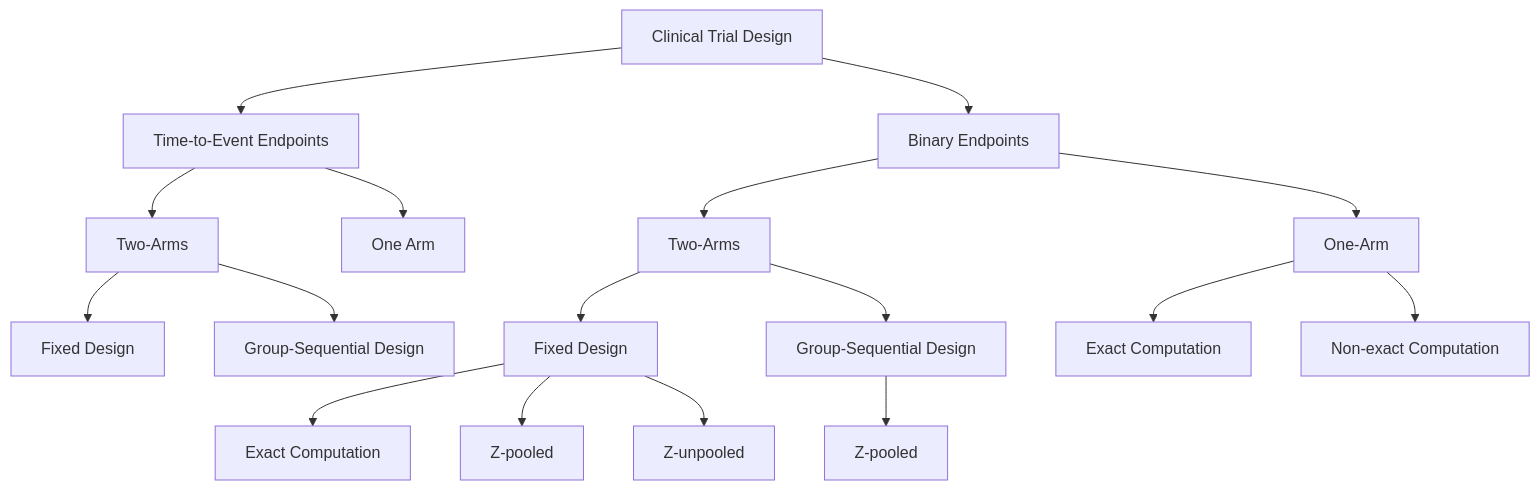
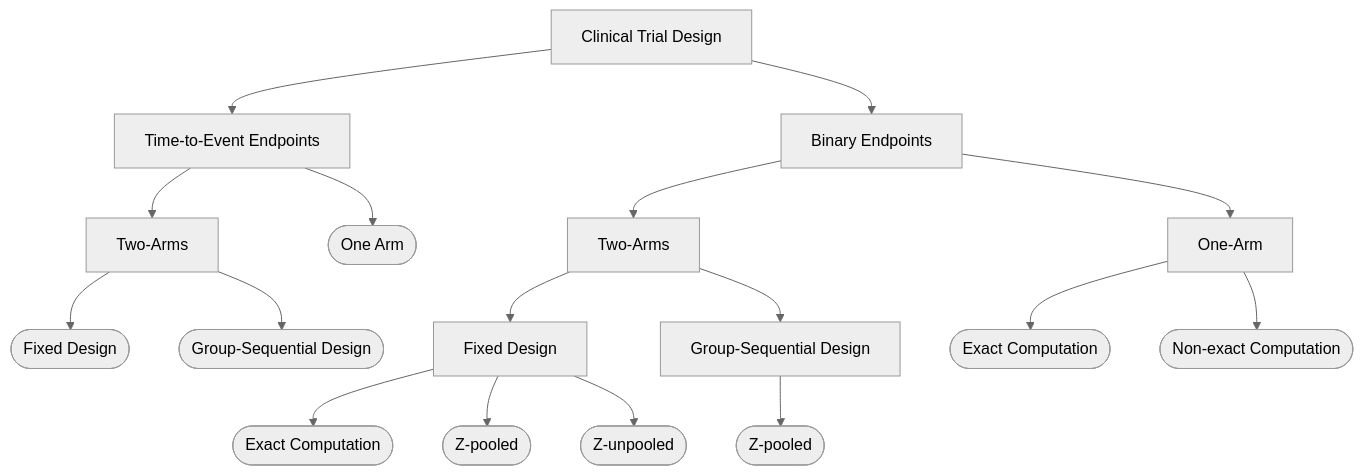
Before and after one commit to Oncostat/sample-size-comparison: the first of 3 diagrams in presentation/presentation copy.qmd, drawn with Mermaid. The commit also changed other lines of this file, not shown here.

````diff
--- a/presentation/presentation copy.qmd
+++ b/presentation/presentation copy.qmd
@@ -78,19 +80,24 @@
 ```{mermaid}
+%%| fig-width: 10
+---
+config:
+  theme: neutral
+---
 flowchart TB
   A[Clinical Trial Design] --> AA[Time-to-Event Endpoints]
     AA --> AAA[Two-Arms]
-      AAA --> AAAA[Fixed Design]
-      AAA --> AAAB[Group-Sequential Design]
-    AA --> AAB[One Arm]
+      AAA --> AAAA([Fixed Design])
+      AAA --> AAAB([Group-Sequential Design])
+    AA --> AAB([One Arm])
   A --> AB[Binary Endpoints]
     AB --> ABA[Two-Arms]
       ABA --> ABAA[Fixed Design]
-        ABAA --> ABAAA[Exact Computation]
-        ABAA --> ABAAB[Z-pooled]
-        ABAA --> ABAAC[Z-unpooled]
+        ABAA --> ABAAA([Exact Computation])
+        ABAA --> ABAAB([Z-pooled])
+        ABAA --> ABAAC([Z-unpooled])
       ABA --> ABAB[Group-Sequential Design]
-        ABAB --> ABABA[Z-pooled]
+        ABAB --> ABABA([Z-pooled])
     AB --> ABB[One-Arm]
-      ABB --> ABBA[Exact Computation]
-      ABB --> ABBB[Non-exact Computation]
+      ABB --> ABBA([Exact Computation])
+      ABB --> ABBB([Non-exact Computation])
 ```
````
